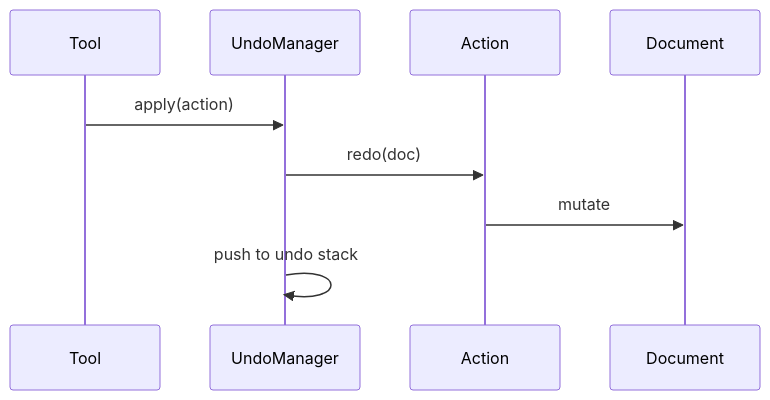
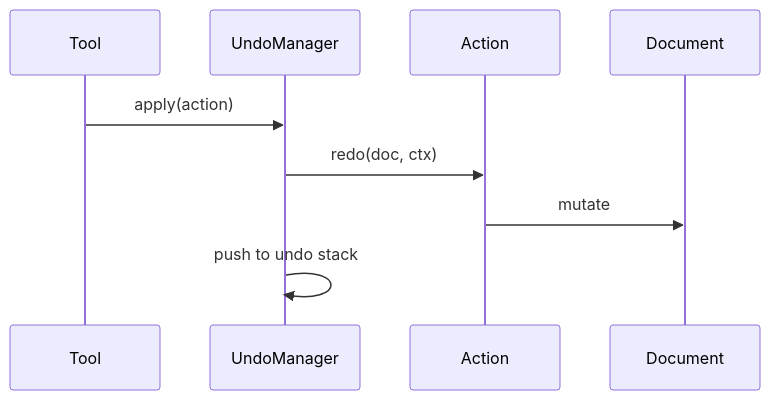
One commit to irskep/smalldraw changed the first of 2 diagrams in docs/explanation/action-and-undo-system.md. Above: the diagram before and after it, drawn with Mermaid. The commit also changed other lines of this file and 6 other files, not shown here.

````diff
--- a/docs/explanation/action-and-undo-system.md
+++ b/docs/explanation/action-and-undo-system.md
@@ -20,12 +26,12 @@
 ```mermaid
 sequenceDiagram
     participant Tool
     participant UndoManager
     participant Action
     participant Document
 
     Tool->>UndoManager: apply(action)
-    UndoManager->>Action: redo(doc)
+    UndoManager->>Action: redo(doc, ctx)
     Action->>Document: mutate
     UndoManager->>UndoManager: push to undo stack
 ```
````
